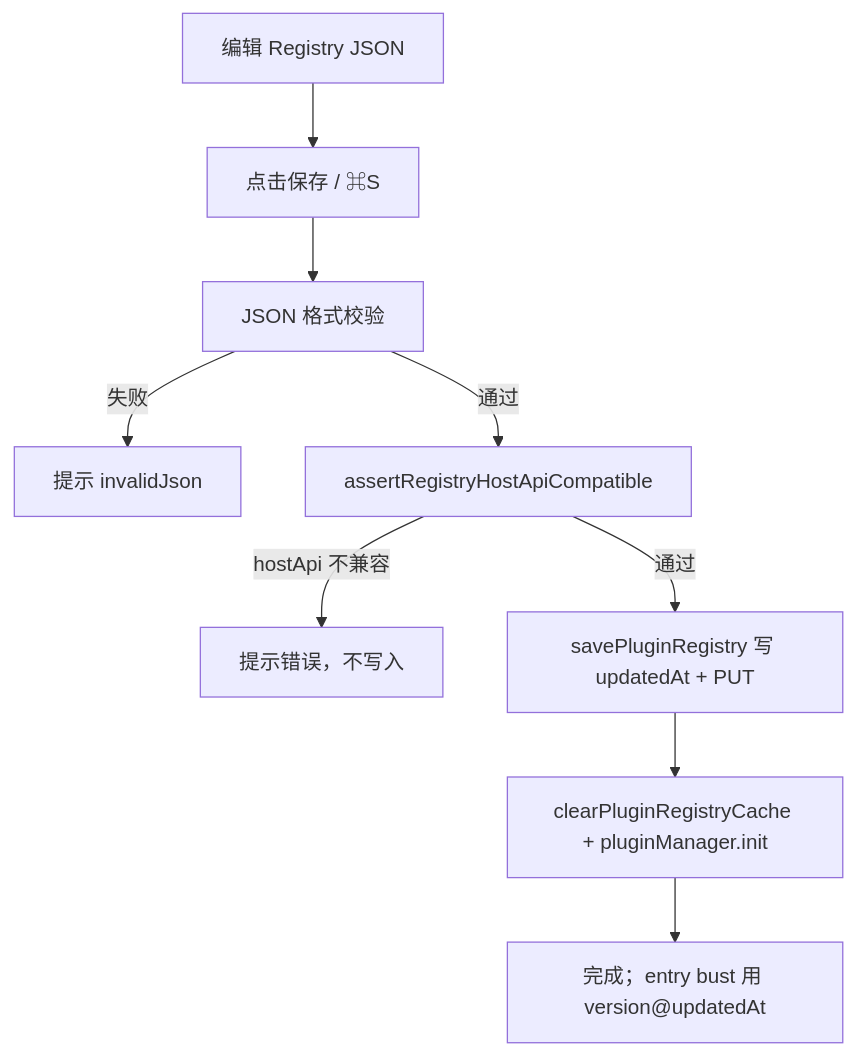
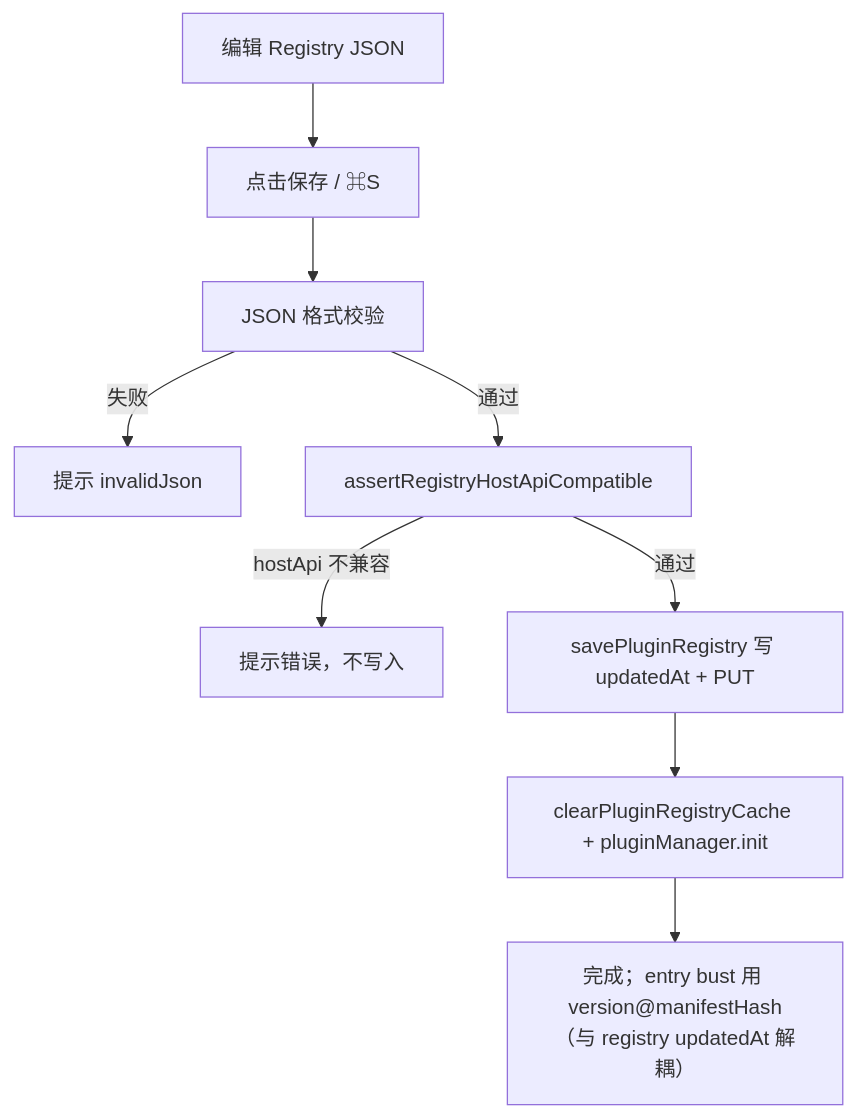
Before and after one commit to dnhyxc/dnhyxc-ai: the second of 2 diagrams in apps/frontend/src/plugins/docs/host-plugin-integration-guide.md, drawn with Mermaid. The commit also changed other lines of this file and 22 other files, not shown here.

````diff
--- a/apps/frontend/src/plugins/docs/host-plugin-integration-guide.md
+++ b/apps/frontend/src/plugins/docs/host-plugin-integration-guide.md
@@ -1088,11 +1088,11 @@
 ```mermaid
 flowchart TD
     A[编辑 Registry JSON] --> B[点击保存 / ⌘S]
     B --> C[JSON 格式校验]
     C -->|失败| D[提示 invalidJson]
     C -->|通过| E[assertRegistryHostApiCompatible]
     E -->|hostApi 不兼容| F[提示错误，不写入]
     E -->|通过| G[savePluginRegistry 写 updatedAt + PUT]
     G --> H[clearPluginRegistryCache + pluginManager.init]
-    H --> I[完成；entry bust 用 version@updatedAt]
+    H --> I[完成；entry bust 用 version@manifestHash（与 registry updatedAt 解耦）]
 ```
````
